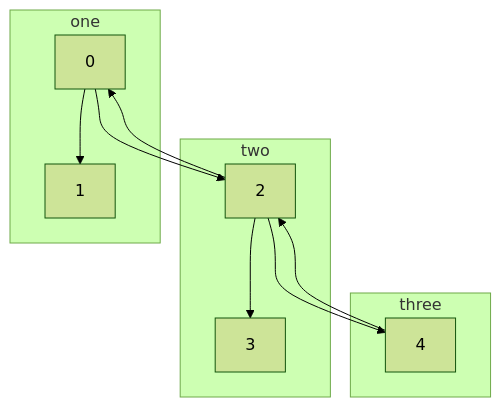
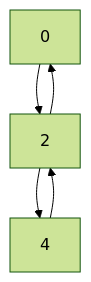
One commit to alkasher/Fibonacci_Heap changed the second of 2 diagrams in README.md. Above: the diagram before and after it, drawn with Mermaid (forest theme).

````diff
--- a/README.md
+++ b/README.md
@@ -43,17 +43,7 @@
 ```mermaid
 flowchart TB
     0-->2
     2-->0
     2-->4
     4-->2
-    subgraph one
-    0-->1
-    end
-    subgraph two
-    2-->3
-    end
-    subgraph three
-    4
-    end
-    
 ```
````
